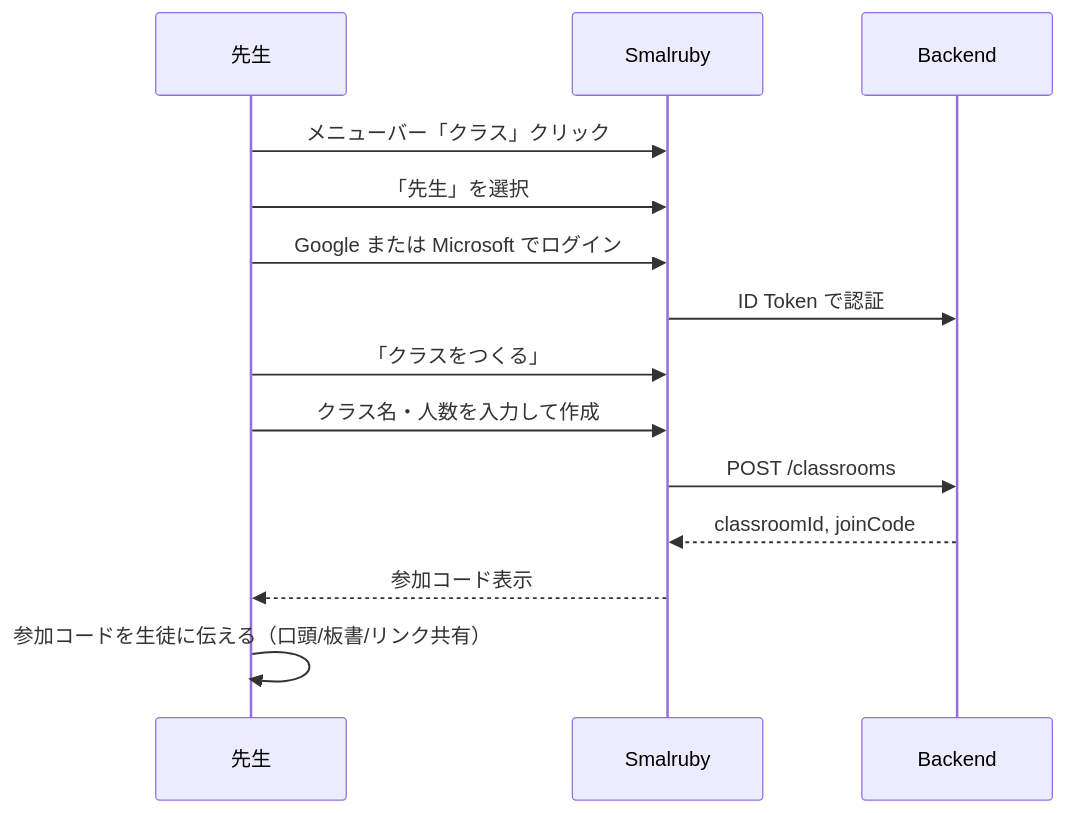
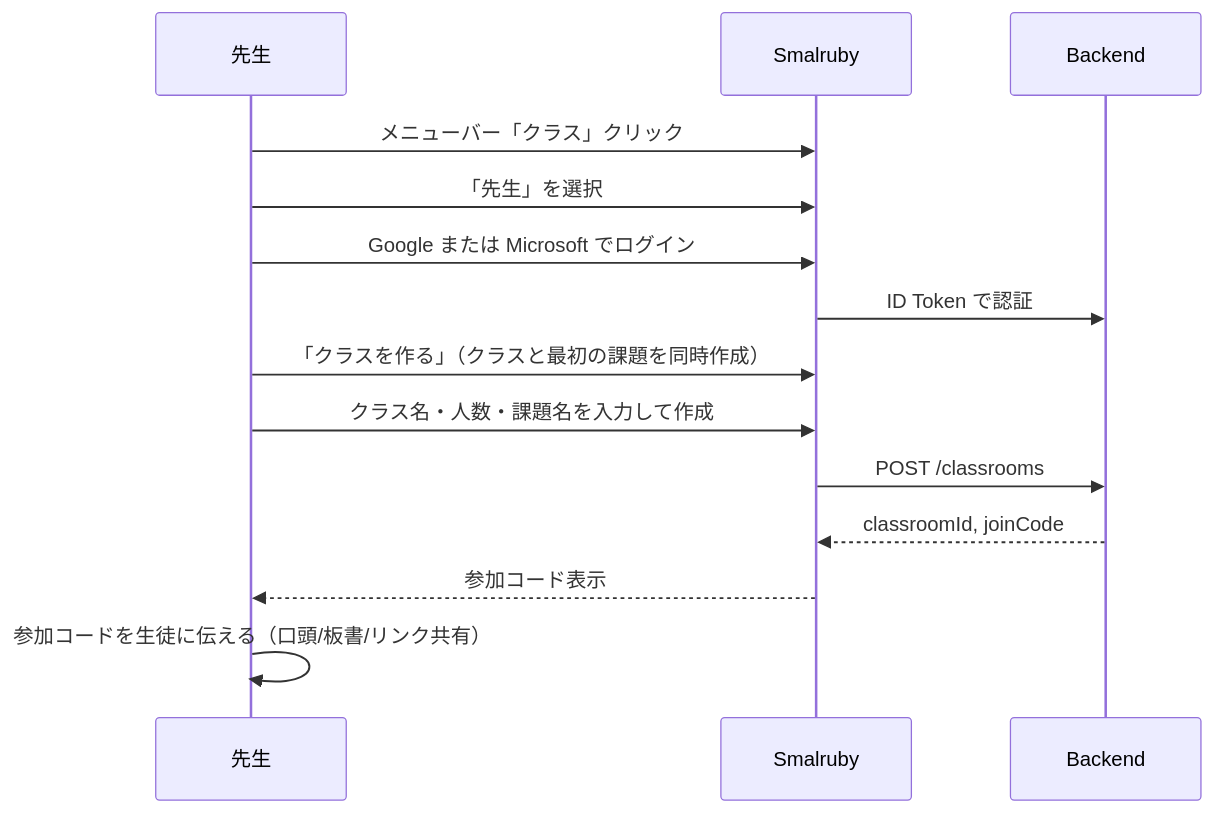
The first of 7 diagrams in docs/classroom/user-stories.md (smalruby/smalruby3-editor), drawn with Mermaid before and after one commit. The commit also changed other lines of this file, not shown here.

````diff
--- a/docs/classroom/user-stories.md
+++ b/docs/classroom/user-stories.md
@@ -27,17 +27,17 @@
 ```mermaid
 sequenceDiagram
     participant T as 先生
     participant UI as Smalruby
     participant API as Backend
 
     T->>UI: メニューバー「クラス」クリック
     T->>UI: 「先生」を選択
     T->>UI: Google または Microsoft でログイン
     UI->>API: ID Token で認証
-    T->>UI: 「クラスをつくる」
-    T->>UI: クラス名・人数を入力して作成
+    T->>UI: 「クラスを作る」（クラスと最初の課題を同時作成）
+    T->>UI: クラス名・人数・課題名を入力して作成
     UI->>API: POST /classrooms
     API-->>UI: classroomId, joinCode
     UI-->>T: 参加コード表示
     T->>T: 参加コードを生徒に伝える（口頭/板書/リンク共有）
 ```
````
